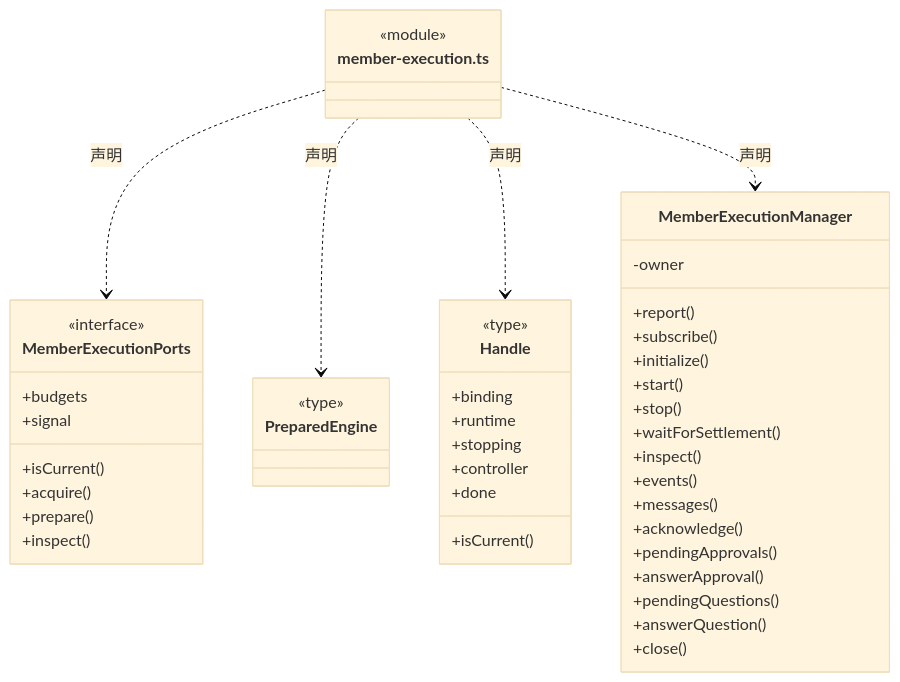
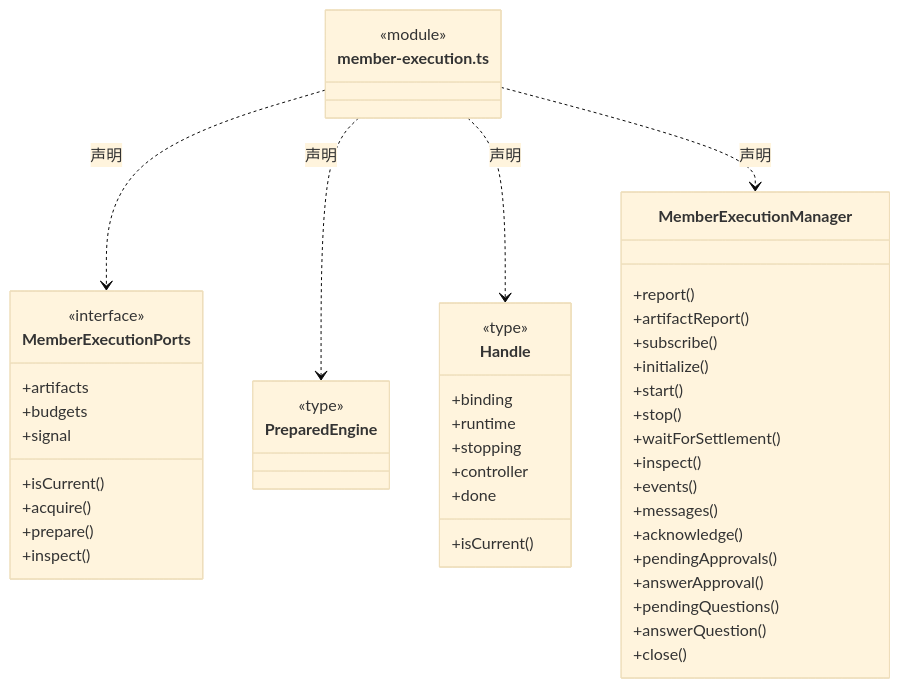
Diagram 21 of 52 in src/backend/scheduler-engine/execution/ARCHITECTURE.md (nan023062/cbim), drawn with Mermaid (base theme) before and after one commit. The commit also changed other lines of this file and 56 other files, not shown here.

````diff
--- a/src/backend/scheduler-engine/execution/ARCHITECTURE.md
+++ b/src/backend/scheduler-engine/execution/ARCHITECTURE.md
@@ -560,50 +590,51 @@
 ```mermaid
 classDiagram
 class N_src_backend_scheduler_engine_execution_member_execution_ts["member-execution.ts"] {
   <<module>>
 }
 class N_src_backend_scheduler_engine_execution_member_execution_ts_MemberExecutionPorts["MemberExecutionPorts"] {
   <<interface>>
+  +artifacts
   +budgets
   +isCurrent()
   +signal
   +acquire()
   +prepare()
   +inspect()
 }
 N_src_backend_scheduler_engine_execution_member_execution_ts ..> N_src_backend_scheduler_engine_execution_member_execution_ts_MemberExecutionPorts : 声明
 class N_src_backend_scheduler_engine_execution_member_execution_ts_PreparedEngine["PreparedEngine"] {
   <<type>>
 
 }
 N_src_backend_scheduler_engine_execution_member_execution_ts ..> N_src_backend_scheduler_engine_execution_member_execution_ts_PreparedEngine : 声明
 class N_src_backend_scheduler_engine_execution_member_execution_ts_Handle["Handle"] {
   <<type>>
   +binding
   +runtime
   +stopping
   +isCurrent()
   +controller
   +done
 }
 N_src_backend_scheduler_engine_execution_member_execution_ts ..> N_src_backend_scheduler_engine_execution_member_execution_ts_Handle : 声明
 class N_src_backend_scheduler_engine_execution_member_execution_ts_MemberExecutionManager["MemberExecutionManager"] {
   +report()
+  +artifactReport()
   +subscribe()
   +initialize()
   +start()
   +stop()
   +waitForSettlement()
   +inspect()
   +events()
   +messages()
   +acknowledge()
   +pendingApprovals()
   +answerApproval()
   +pendingQuestions()
   +answerQuestion()
   +close()
-  -owner
 }
 N_src_backend_scheduler_engine_execution_member_execution_ts ..> N_src_backend_scheduler_engine_execution_member_execution_ts_MemberExecutionManager : 声明
 ```
````
